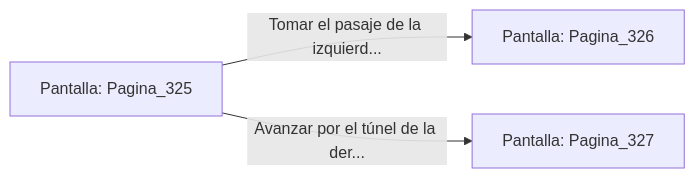
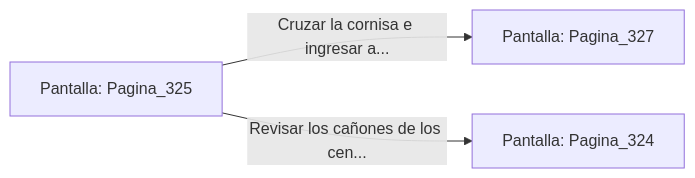
The diagram in sample/eligejuego-vault/Pantalla_Pagina_325.md (metsuke/mpl), drawn with Mermaid before and after one commit. The commit also changed other lines of this file and 635 other files, not shown here.

First line of the commit message:
fix: añadir Pagina_1 como pantalla inicial en capitulo_01.mpl

````diff
--- a/sample/eligejuego-vault/Pantalla_Pagina_325.md
+++ b/sample/eligejuego-vault/Pantalla_Pagina_325.md
@@ -20,6 +24,6 @@
 ```mermaid
 graph LR
     P_Pagina_325["Pantalla: Pagina_325"]
-    P_Pagina_325 -->|"Tomar el pasaje de la izquierd..."| P_Pagina_326["Pantalla: Pagina_326"]
-    P_Pagina_325 -->|"Avanzar por el túnel de la der..."| P_Pagina_327["Pantalla: Pagina_327"]
+    P_Pagina_325 -->|"Cruzar la cornisa e ingresar a..."| P_Pagina_327["Pantalla: Pagina_327"]
+    P_Pagina_325 -->|"Revisar los cañones de los cen..."| P_Pagina_324["Pantalla: Pagina_324"]
 ```
````
